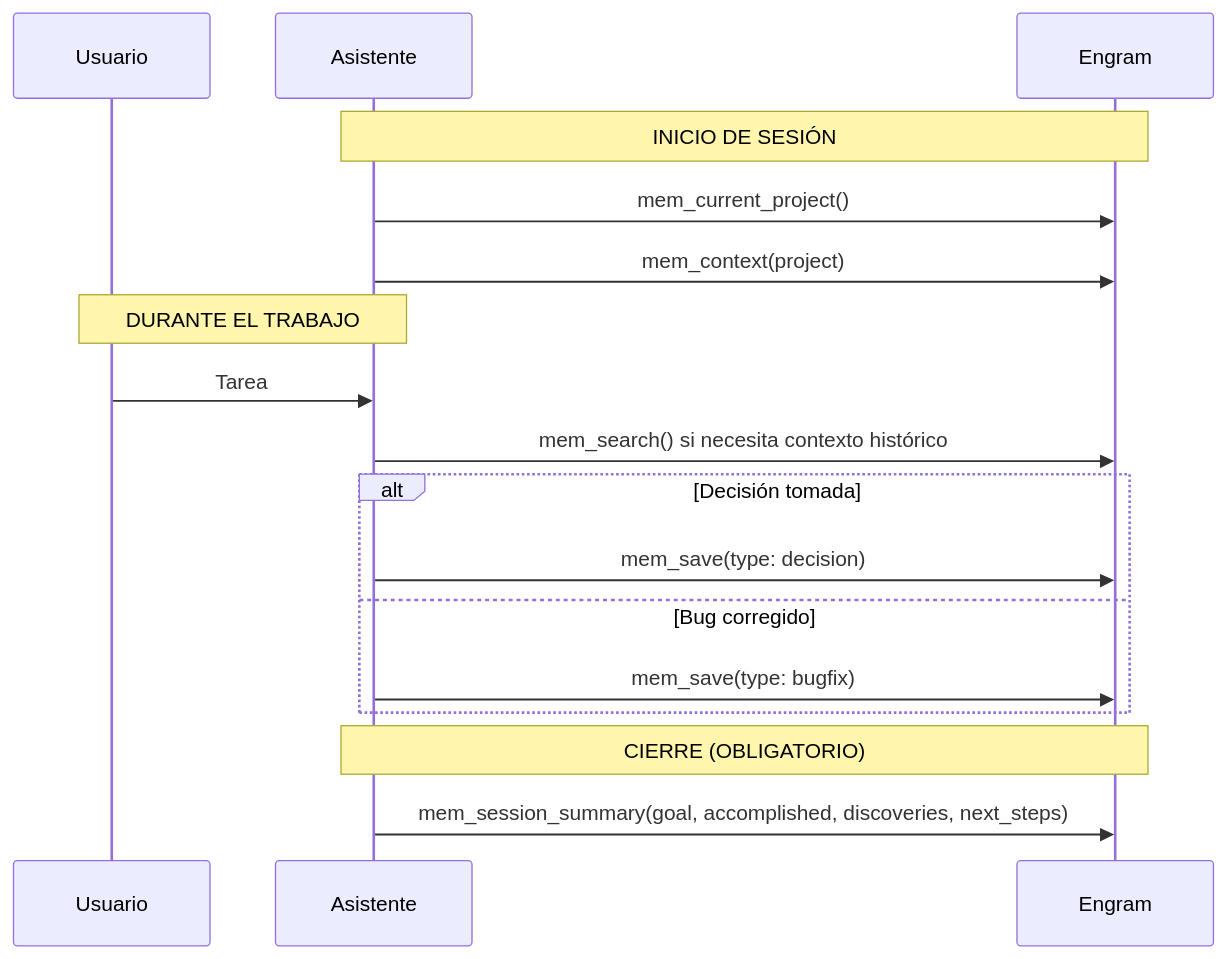
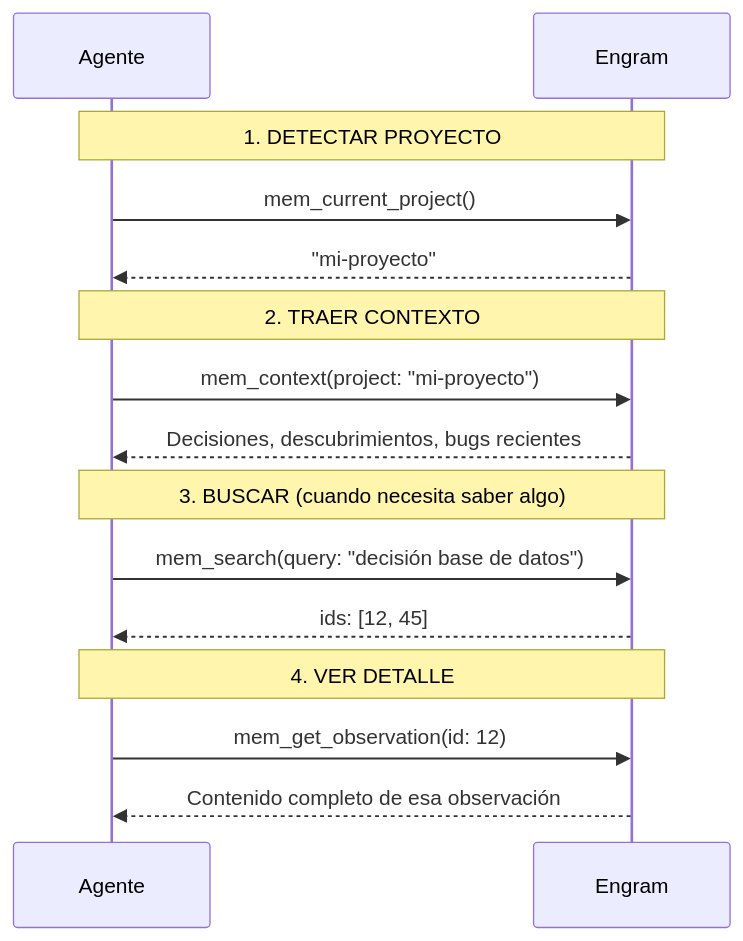
One commit to harrysxavio/gentle-ai-manual changed the diagram in src/content/docs/09-engram/02-memoria-y-mcp.md. Above: the diagram before and after it, drawn with Mermaid. The commit also changed other lines of this file and 10 other files, not shown here.

````diff
--- a/src/content/docs/09-engram/02-memoria-y-mcp.md
+++ b/src/content/docs/09-engram/02-memoria-y-mcp.md
@@ -220,23 +16,21 @@
 ```mermaid
 sequenceDiagram
-    participant U as Usuario
-    participant A as Asistente
+    participant A as Agente
     participant E as Engram
 
-    Note over A,E: INICIO DE SESIÓN
+    Note over A,E: 1. DETECTAR PROYECTO
     A->>E: mem_current_project()
-    A->>E: mem_context(project)
+    E-->>A: "mi-proyecto"
 
-    Note over U,A: DURANTE EL TRABAJO
-    U->>A: Tarea
-    A->>E: mem_search() si necesita contexto histórico
+    Note over A,E: 2. TRAER CONTEXTO
+    A->>E: mem_context(project: "mi-proyecto")
+    E-->>A: Decisiones, descubrimientos, bugs recientes
 
-    alt Decisión tomada
-        A->>E: mem_save(type: decision)
-    else Bug corregido
-        A->>E: mem_save(type: bugfix)
-    end
+    Note over A,E: 3. BUSCAR (cuando necesita saber algo)
+    A->>E: mem_search(query: "decisión base de datos")
+    E-->>A: ids: [12, 45]
 
-    Note over A,E: CIERRE (OBLIGATORIO)
-    A->>E: mem_session_summary(goal, accomplished, discoveries, next_steps)
+    Note over A,E: 4. VER DETALLE
+    A->>E: mem_get_observation(id: 12)
+    E-->>A: Contenido completo de esa observación
 ```
````
